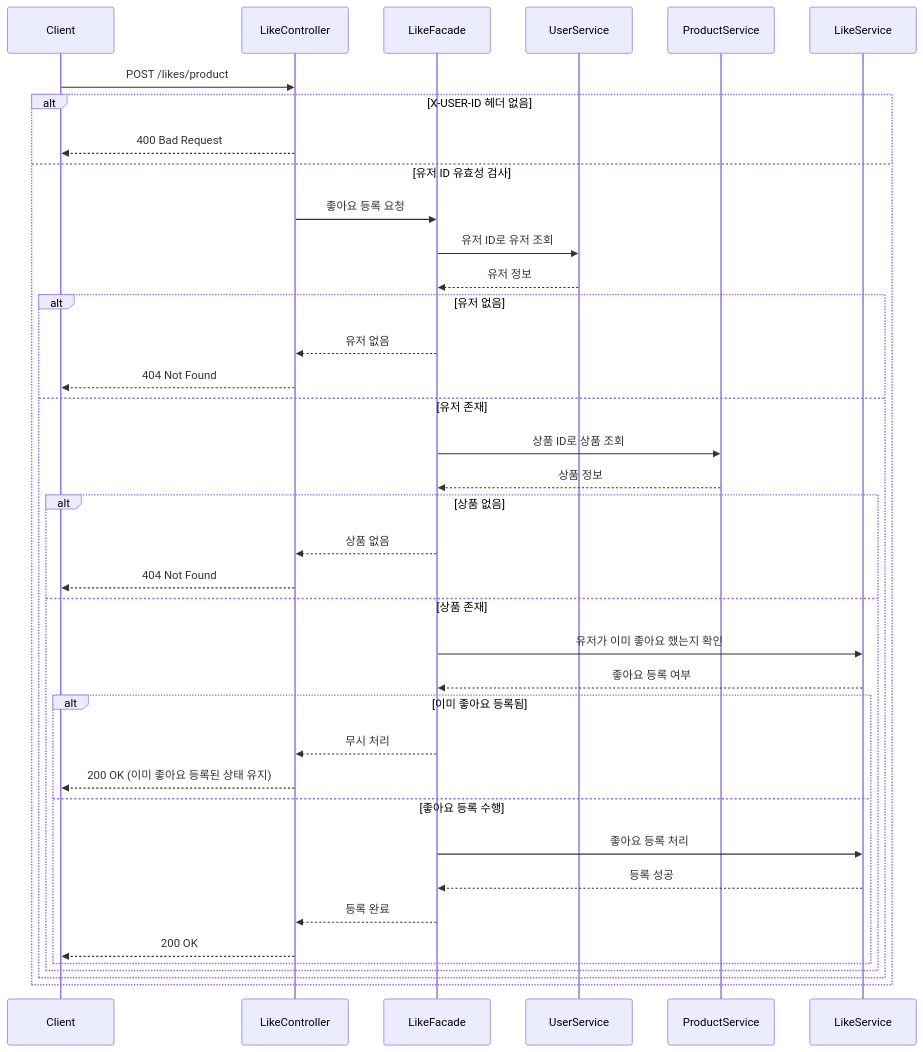
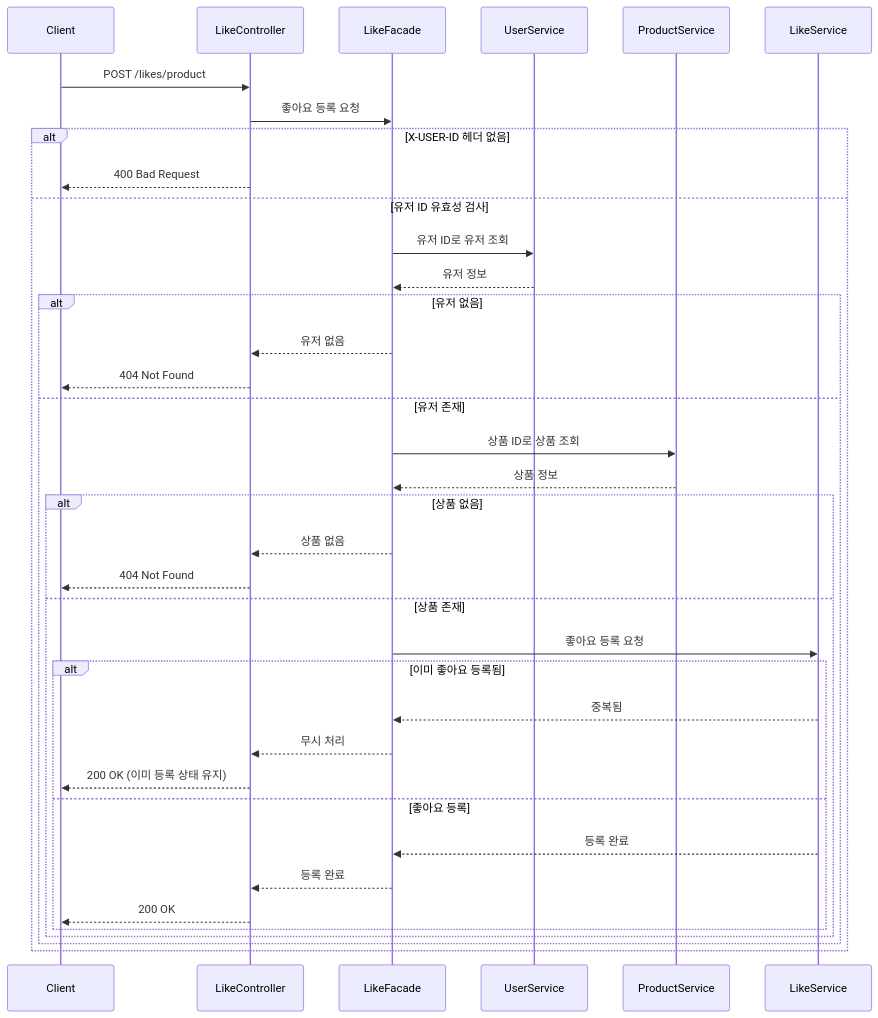
The eighth of 15 diagrams in docs/design/02-sequence-diagrams.md (HYEONMIN94/loopers-spring-kotlin-template), drawn with Mermaid before and after one commit. The commit also changed other lines of this file, not shown here.

````diff
--- a/docs/design/02-sequence-diagrams.md
+++ b/docs/design/02-sequence-diagrams.md
@@ -262,45 +262,44 @@
 ```mermaid
 sequenceDiagram
     participant Client
     participant LikeController
     participant LikeFacade
     participant UserService
     participant ProductService
     participant LikeService
 
     Client->>LikeController: POST /likes/product
+    LikeController->>LikeFacade: 좋아요 등록 요청
 
     alt X-USER-ID 헤더 없음
         LikeController-->>Client: 400 Bad Request
     else 유저 ID 유효성 검사
-        LikeController->>LikeFacade: 좋아요 등록 요청
         LikeFacade->>UserService: 유저 ID로 유저 조회
         UserService-->>LikeFacade: 유저 정보
 
         alt 유저 없음
             LikeFacade-->>LikeController: 유저 없음
             LikeController-->>Client: 404 Not Found
         else 유저 존재
             LikeFacade->>ProductService: 상품 ID로 상품 조회
             ProductService-->>LikeFacade: 상품 정보
 
             alt 상품 없음
                 LikeFacade-->>LikeController: 상품 없음
                 LikeController-->>Client: 404 Not Found
             else 상품 존재
-                LikeFacade->>LikeService: 유저가 이미 좋아요 했는지 확인
-                LikeService-->>LikeFacade: 좋아요 등록 여부
+                LikeFacade->>LikeService: 좋아요 등록 요청
 
                 alt 이미 좋아요 등록됨
+                    LikeService-->>LikeFacade: 중복됨
                     LikeFacade-->>LikeController: 무시 처리
-                    LikeController-->>Client: 200 OK (이미 좋아요 등록된 상태 유지)
-                else 좋아요 등록 수행
-                    LikeFacade->>LikeService: 좋아요 등록 처리
-                    LikeService-->>LikeFacade: 등록 성공
+                    LikeController-->>Client: 200 OK (이미 등록 상태 유지)
+                else 좋아요 등록
+                    LikeService-->>LikeFacade: 등록 완료
                     LikeFacade-->>LikeController: 등록 완료
                     LikeController-->>Client: 200 OK
                 end
             end
         end
     end
 ```
````
